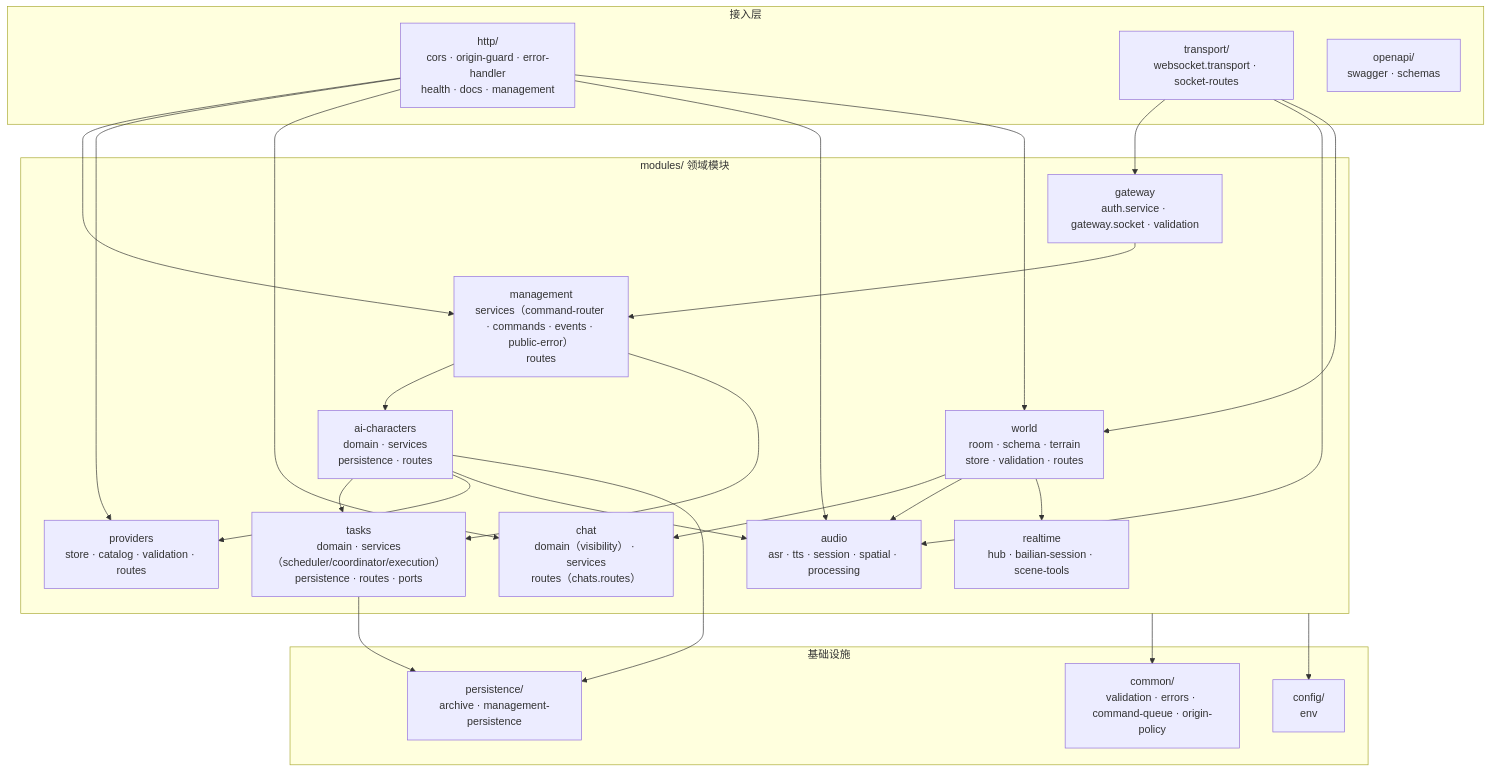
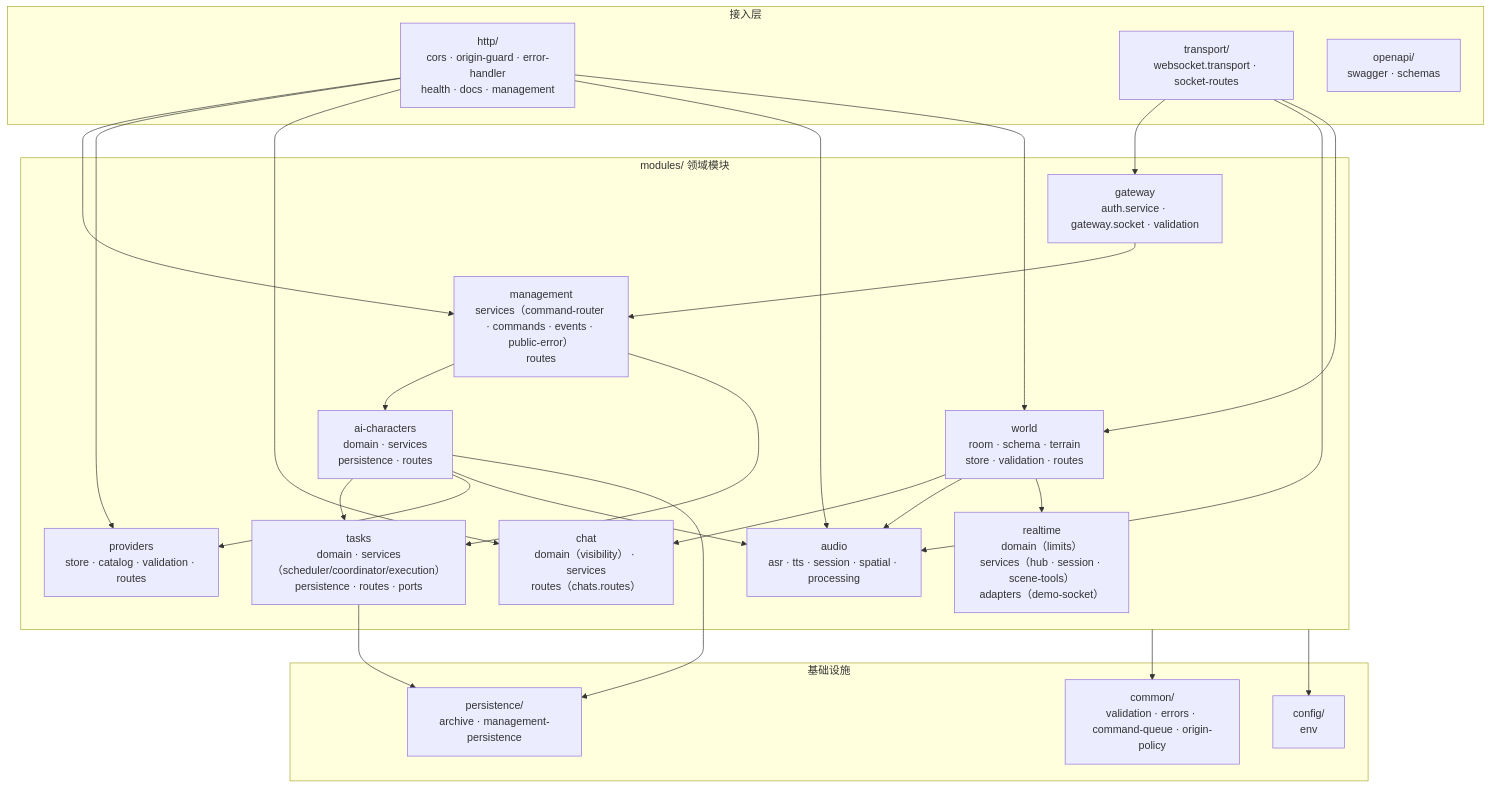
One commit to lulabs-org/embocraft changed the fifth of 14 diagrams in docs/guide/architecture-diagrams.md. Above: the diagram before and after it, drawn with Mermaid. The commit also changed 12 other files, not shown here.

````diff
--- a/docs/guide/architecture-diagrams.md
+++ b/docs/guide/architecture-diagrams.md
@@ -122,49 +122,49 @@
 ```mermaid
 graph TB
     subgraph Entry["接入层"]
         HTTP["http/<br/>cors · origin-guard · error-handler<br/>health · docs · management"]
         TR["transport/<br/>websocket.transport · socket-routes"]
         OA["openapi/<br/>swagger · schemas"]
     end
 
     subgraph Modules["modules/ 领域模块"]
         World["world<br/>room · schema · terrain<br/>store · validation · routes"]
         AIC["ai-characters<br/>domain · services<br/>persistence · routes"]
         Tasks["tasks<br/>domain · services（scheduler/coordinator/execution）<br/>persistence · routes · ports"]
         Mgmt["management<br/>services（command-router · commands · events · public-error）<br/>routes"]
         GW["gateway<br/>auth.service · gateway.socket · validation"]
         Prov["providers<br/>store · catalog · validation · routes"]
         Chat["chat<br/>domain（visibility） · services<br/>routes（chats.routes）"]
         Audio["audio<br/>asr · tts · session · spatial · processing"]
-        RT["realtime<br/>hub · bailian-session · scene-tools"]
+        RT["realtime<br/>domain（limits）<br/>services（hub · session · scene-tools）<br/>adapters（demo-socket）"]
     end
 
     subgraph Infra["基础设施"]
         Common["common/<br/>validation · errors · command-queue · origin-policy"]
         Config["config/<br/>env"]
         Persist["persistence/<br/>archive · management-persistence"]
     end
 
     HTTP --> Mgmt
     HTTP --> Prov
     HTTP --> Chat
     HTTP --> Audio
     HTTP --> World
     TR --> GW
     TR --> Audio
     TR --> World
 
     GW --> Mgmt
     Mgmt --> AIC
     Mgmt --> Tasks
     AIC --> Tasks
     AIC --> Prov
     AIC --> Audio
     World --> Chat
     World --> Audio
     World --> RT
     AIC --> Persist
     Tasks --> Persist
     Modules --> Common
     Modules --> Config
 ```
````
